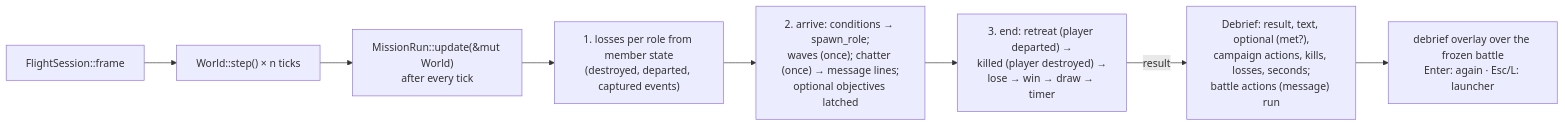
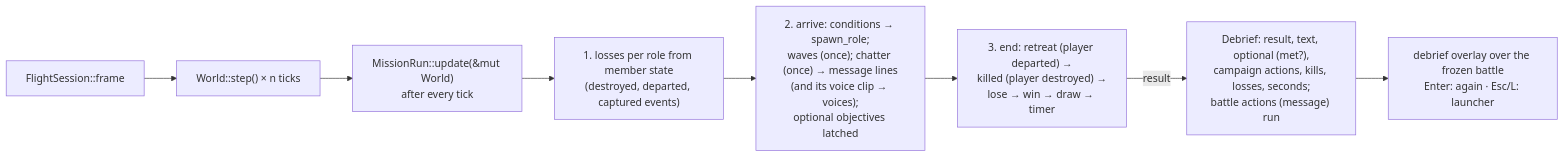
One commit to bbogovich/OpenInterceptor changed the second of 2 diagrams in docs/implementation/architecture/mission.md. Above: the diagram before and after it, drawn with Mermaid. The commit also changed other lines of this file and 32 other files, not shown here.

````diff
--- a/docs/implementation/architecture/mission.md
+++ b/docs/implementation/architecture/mission.md
@@ -35,10 +35,10 @@
 ```mermaid
 flowchart LR
     FS["FlightSession::frame"] --> STEP["World::step() × n ticks"]
     STEP --> UP["MissionRun::update(&mut World)<br/>after every tick"]
     UP --> L1["1. losses per role from member state<br/>(destroyed, departed, captured events)"]
-    L1 --> L2["2. arrive: conditions → spawn_role;<br/>waves (once); chatter (once) → message lines;<br/>optional objectives latched"]
+    L1 --> L2["2. arrive: conditions → spawn_role;<br/>waves (once); chatter (once) → message lines<br/>(and its voice clip → voices);<br/>optional objectives latched"]
     L2 --> L3["3. end: retreat (player departed) →<br/>killed (player destroyed) →<br/>lose → win → draw → timer"]
     L3 -->|result| DB["Debrief: result, text, optional (met?),<br/>campaign actions, kills, losses, seconds;<br/>battle actions (message) run"]
     DB --> OV["debrief overlay over the frozen battle<br/>Enter: again · Esc/L: launcher"]
 ```
````
